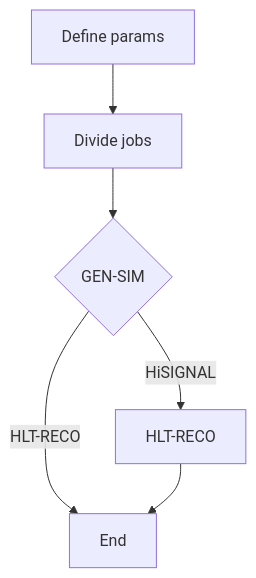
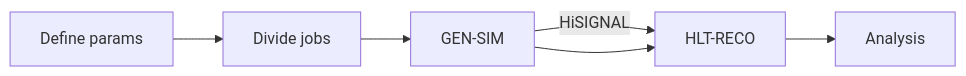
One commit to cms-opendata-workshop/tutorial-lesson-full-simulation-cloud-infomaniak changed the second of 2 diagrams in content/episodes/01-introduction/index.md. Above: the diagram before and after it, drawn with Mermaid. The commit also changed other lines of this file and 7 other files, not shown here.

````diff
--- a/content/episodes/01-introduction/index.md
+++ b/content/episodes/01-introduction/index.md
@@ -55,8 +55,8 @@
 ```mermaid
-flowchart TD
+flowchart LR
     A[Define params] --> B[Divide jobs]
-    B --> C{GEN-SIM}
+    B --> C[GEN-SIM]
     C --> |HiSIGNAL| D[HLT-RECO]
-    C --> |HLT-RECO| E[Analysis]
-    D --> E[End]
+    C --> D[HLT-RECO]
+    D --> E[Analysis]
 ```
````
